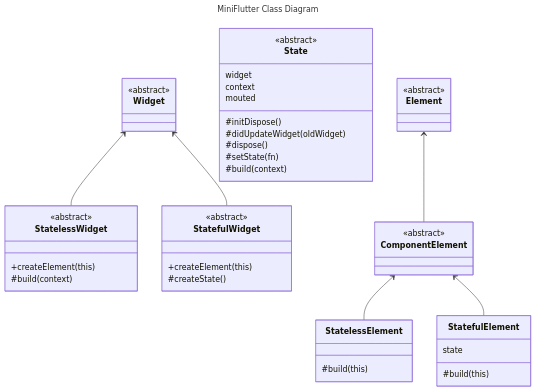
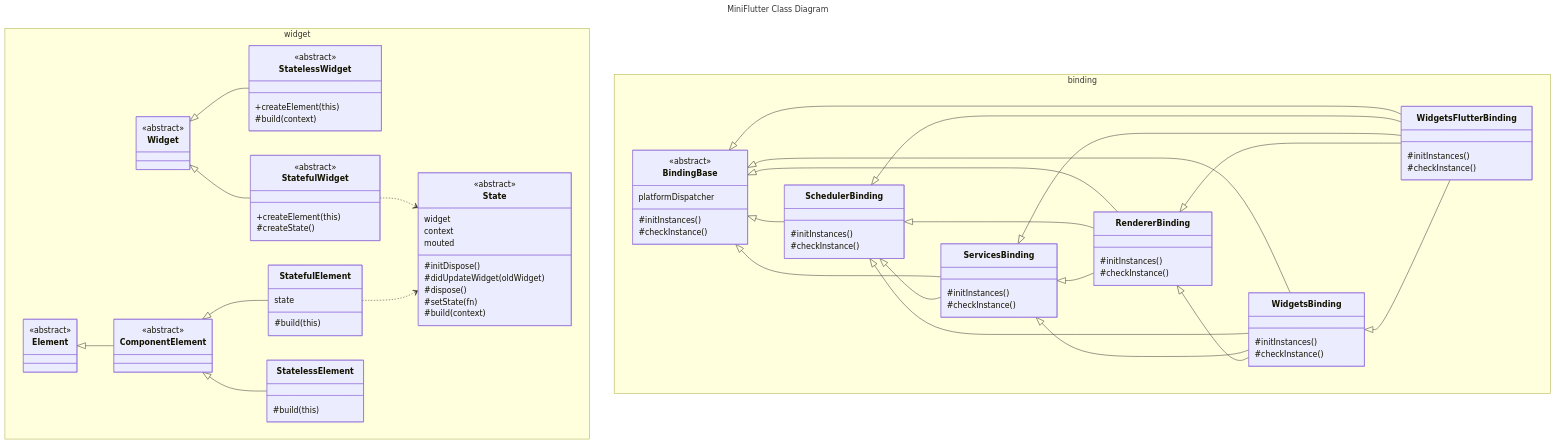
The diagram in docs/CLASS_DIAGRAM.md (keiseiisobe/miniflutter), drawn with Mermaid before and after one commit. The commit also changed other lines of this file, not shown here.

Commit message:
added biding diagram docs

````diff
--- a/docs/CLASS_DIAGRAM.md
+++ b/docs/CLASS_DIAGRAM.md
@@ -1,8 +16,9 @@
 ```mermaid
 ---
-title: MiniFlutter Class Diagram
+title: "MiniFlutter Class Diagram"
 ---
 classDiagram
+namespace widget {
     class Widget {
         <<abstract>>    
     }
@@ -27,10 +43,6 @@
         #setState(fn)
         #build(context)
     }
-
-    Widget <-- StatelessWidget
-    Widget <-- StatefulWidget
-
     class Element {
         <<abstract>>    
     }
@@ -44,8 +56,66 @@
         state
         #build(this)    
     }
+}
 
-    Element <-- ComponentElement
-    ComponentElement <-- StatelessElement
-    ComponentElement <-- StatefulElement
+namespace binding {
+    class BindingBase {
+        <<abstract>>
+        platformDispatcher
+        #initInstances()
+        #checkInstance()
+    }
+    class SchedulerBinding {
+        #initInstances()
+        #checkInstance()
+    }
+    class ServicesBinding {
+        #initInstances()
+        #checkInstance()
+    }
+    class RendererBinding {
+        #initInstances()
+        #checkInstance()
+    }
+    class WidgetsBinding {
+        #initInstances()
+        #checkInstance()
+    }
+    class WidgetsFlutterBinding {
+        #initInstances()
+        #checkInstance()
+    }
+}
+
+    %% Widget inheritance
+    Widget <|-- StatelessWidget
+    Widget <|-- StatefulWidget
+
+    %% Widget dependency
+    StatefulWidget ..> State
+
+    %% Element dependency
+    StatefulElement ..> State
+
+    %% Element inheritance
+    Element <|-- ComponentElement
+    ComponentElement <|-- StatelessElement
+    ComponentElement <|-- StatefulElement
+
+    %% Binding inheritance
+    BindingBase <|-- SchedulerBinding
+    BindingBase <|-- ServicesBinding
+    BindingBase <|-- RendererBinding
+    BindingBase <|-- WidgetsBinding
+    BindingBase <|-- WidgetsFlutterBinding
+    SchedulerBinding <|-- ServicesBinding
+    SchedulerBinding <|-- RendererBinding
+    SchedulerBinding <|-- WidgetsBinding
+    SchedulerBinding <|-- WidgetsFlutterBinding
+    ServicesBinding <|-- RendererBinding
+    ServicesBinding <|-- WidgetsBinding
+    ServicesBinding <|-- WidgetsFlutterBinding
+    RendererBinding <|-- WidgetsBinding
+    RendererBinding <|-- WidgetsFlutterBinding
+    WidgetsBinding <|-- WidgetsFlutterBinding
 ```
````
